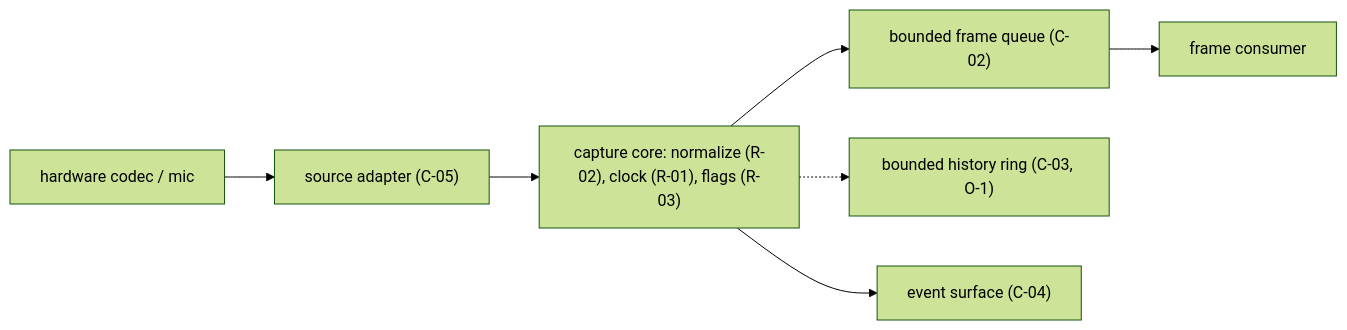
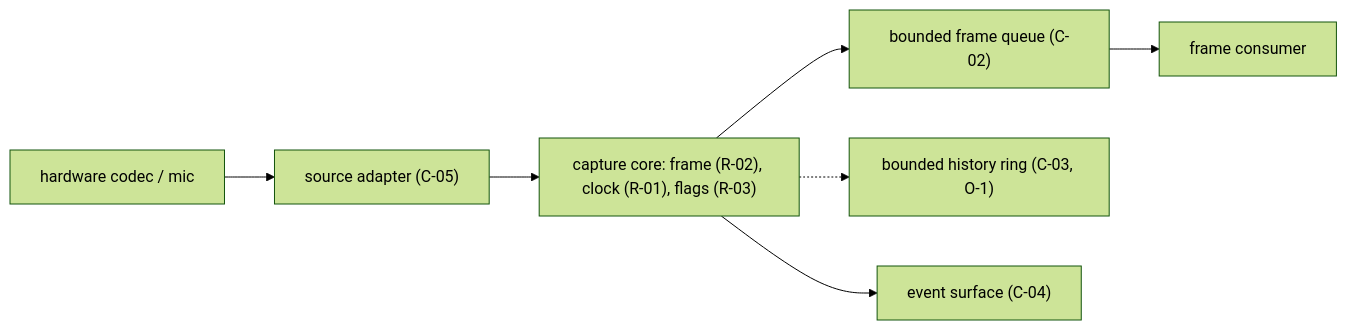
One commit to jasoneplumb/edge-audio changed the second of 2 diagrams in SPEC.md. Above: the diagram before and after it, drawn with Mermaid (forest theme). The commit also changed other lines of this file, not shown here.

````diff
--- a/SPEC.md
+++ b/SPEC.md
@@ -101,9 +101,9 @@
 ```mermaid
 flowchart LR
     HW["hardware codec / mic"] --> AD["source adapter (C-05)"]
-    AD --> CAP["capture core: normalize (R-02), clock (R-01), flags (R-03)"]
+    AD --> CAP["capture core: frame (R-02), clock (R-01), flags (R-03)"]
     CAP --> Q["bounded frame queue (C-02)"]
     CAP -.-> H["bounded history ring (C-03, O-1)"]
     Q --> CONS["frame consumer"]
     CAP --> EV["event surface (C-04)"]
 ```
````
